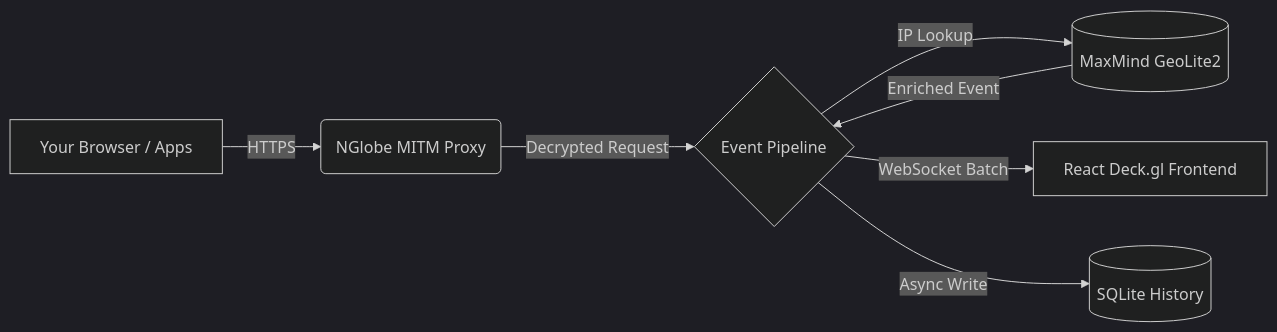
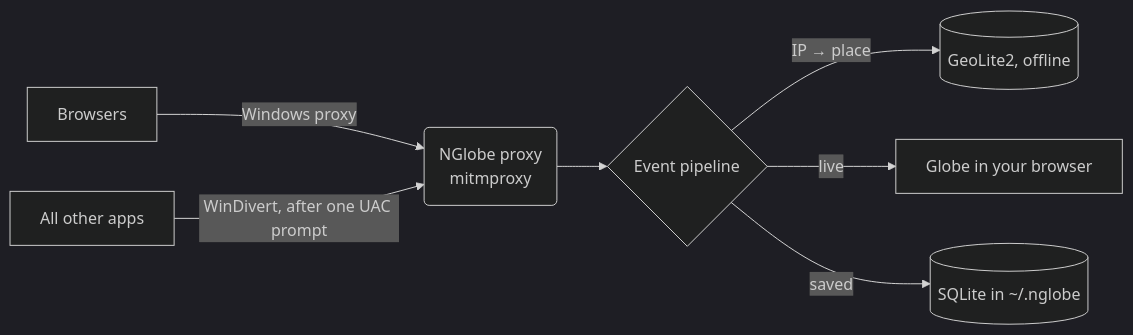
One commit to Shashwat-Gupta57/NGlobe changed the diagram in README.md. Above: the diagram before and after it, drawn with Mermaid (dark theme). The commit also changed other lines of this file and 44 other files, not shown here.

First line of the commit message:
v0.3.0: installer, all-apps capture, own certificate, history controls

````diff
--- a/README.md
+++ b/README.md
@@ -38,9 +47,9 @@
 ```mermaid
 graph LR
-    A[Your Browser / Apps] -->|HTTPS| B(NGlobe MITM Proxy)
-    B -->|Decrypted Request| C{Event Pipeline}
-    C -->|IP Lookup| D[(MaxMind GeoLite2)]
-    D -->|Enriched Event| C
-    C -->|WebSocket Batch| E[React Deck.gl Frontend]
-    C -->|Async Write| F[(SQLite History)]
+    B[Browsers] -->|Windows proxy| P(NGlobe proxy<br/>mitmproxy)
+    A[All other apps] -->|WinDivert, after one UAC prompt| P
+    P --> E{Event pipeline}
+    E -->|IP → place| G[(GeoLite2, offline)]
+    E -->|live| UI[Globe in your browser]
+    E -->|saved| DB[(SQLite in ~/.nglobe)]
 ```
````
